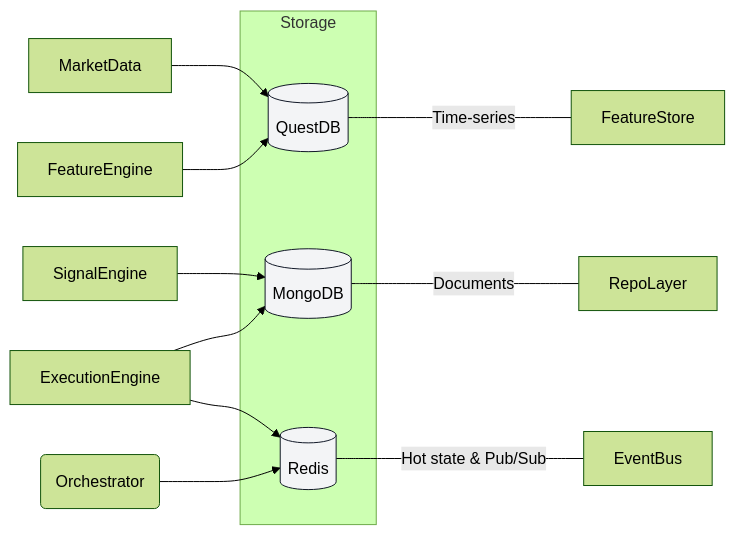
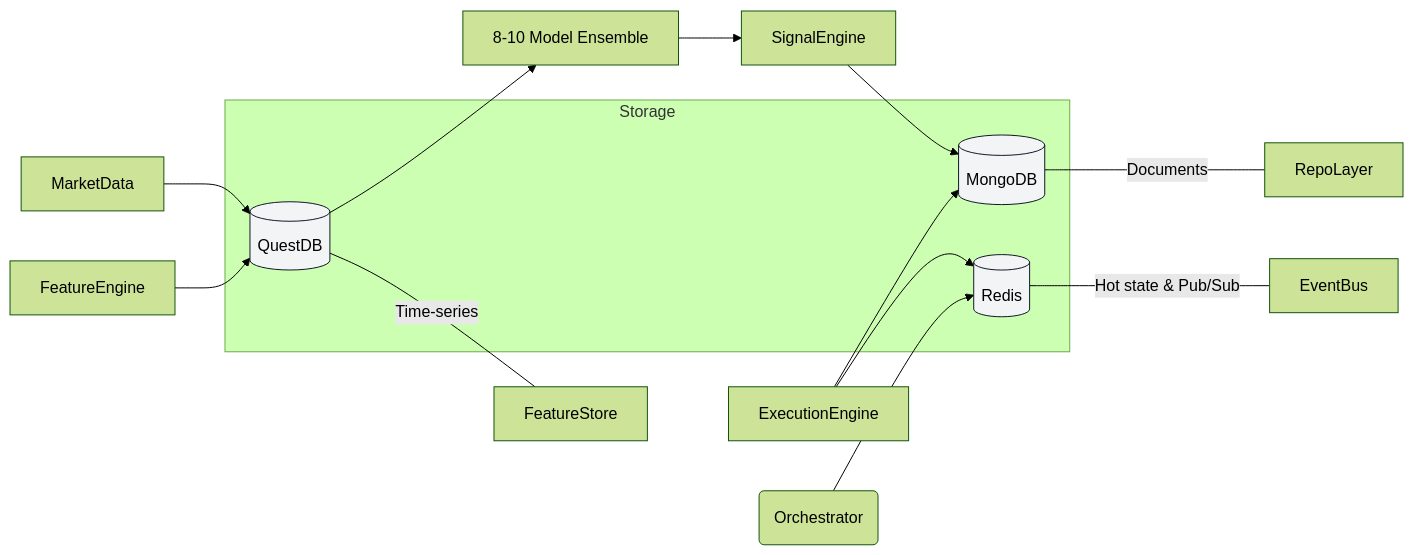
The diagram in ARCHITECTURE.md (OkBeiRohan/investment-trading-portfolio), drawn with Mermaid (forest theme) before and after one commit. The commit also changed other lines of this file and 12 other files, not shown here.

````diff
--- a/ARCHITECTURE.md
+++ b/ARCHITECTURE.md
@@ -59,22 +59,24 @@
 ```mermaid
 graph LR
   subgraph Storage
     QDB[(QuestDB)]
     MDB[(MongoDB)]
     REDIS[(Redis)]
   end
 
   MarketData-->QDB
   FeatureEngine-->QDB
+  QDB-->MLEnsemble[8-10 Model Ensemble]
+  MLEnsemble-->SignalEngine
   SignalEngine-->MDB
   ExecutionEngine-->MDB
   ExecutionEngine-->REDIS
   Orch(Orchestrator)-->REDIS
 
   QDB---|Time-series|FeatureStore
   MDB---|Documents|RepoLayer
   REDIS---|Hot state & Pub/Sub|EventBus
 
   classDef db fill:#f3f4f6,stroke:#111827,stroke-width:1px;
   class QDB,MDB,REDIS db;
 ```
````
